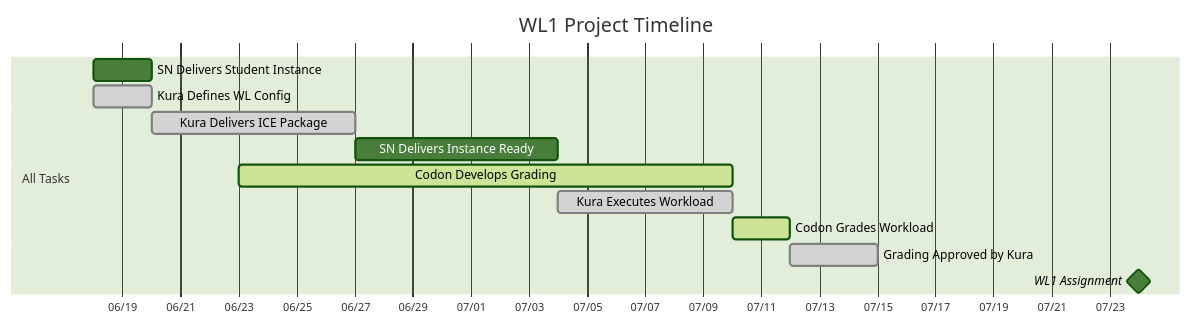
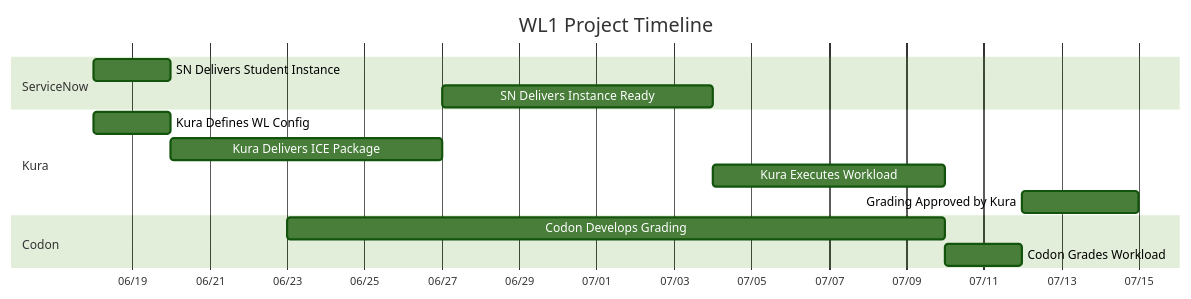
The diagram in readme.md (elmorenox/wl1_mermaid), drawn with Mermaid (forest theme) before and after one commit.

````diff
--- a/readme.md
+++ b/readme.md
@@ -5,17 +5,20 @@
 ```mermaid
 gantt
     title WL1 Project Timeline
     dateFormat YYYY-MM-DD
     axisFormat %m/%d
     
-    section All Tasks
+    section ServiceNow
     SN Delivers Student Instance          :sn1, 2025-06-18, 2025-06-20
-    Kura Defines WL Config                :done, k5, 2025-06-18, 2025-06-20
-    Kura Delivers ICE Package             :done, k2, after sn1, 7d
     SN Delivers Instance Ready            :sn3, after k2, 7d
-    Codon Develops Grading                :active, c6, 2025-06-23, 2025-07-10
-    Kura Executes Workload                :done, k4, after sn3, 6d
-    Codon Grades Workload                 :active, c7, after k4, 2d
-    Grading Approved by Kura              :done, k8, after c7, 3d
-    WL1 Assignment                        :milestone, assign, 2025-07-24, 0d
+    
+    section Kura
+    Kura Defines WL Config                :k5, 2025-06-18, 2025-06-20
+    Kura Delivers ICE Package             :k2, after sn1, 7d
+    Kura Executes Workload                :k4, after sn3, 6d
+    Grading Approved by Kura              :k8, after c7, 3d
+    
+    section Codon
+    Codon Develops Grading                :c6, 2025-06-23, 2025-07-10
+    Codon Grades Workload                 :c7, after k4, 2d
 ```
````
